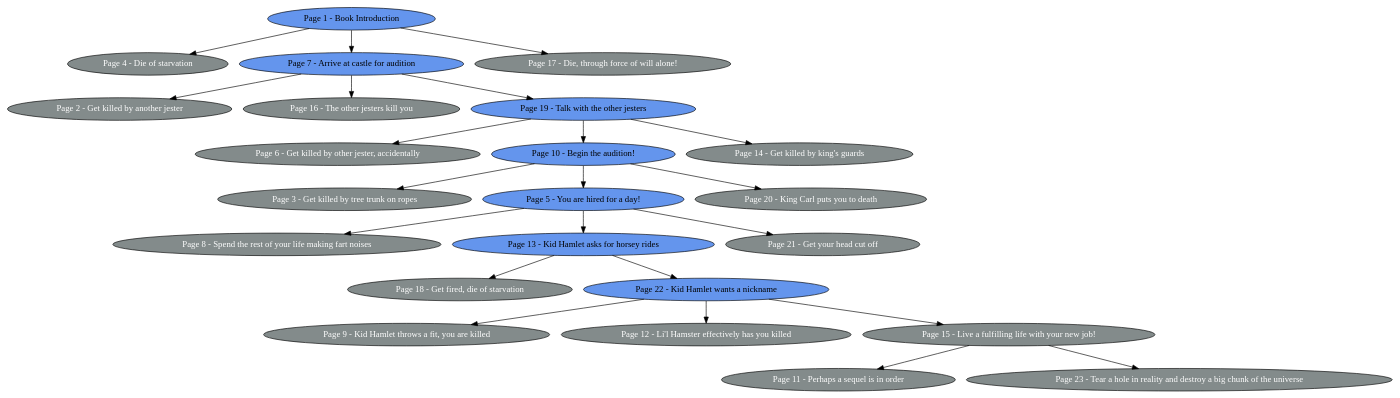
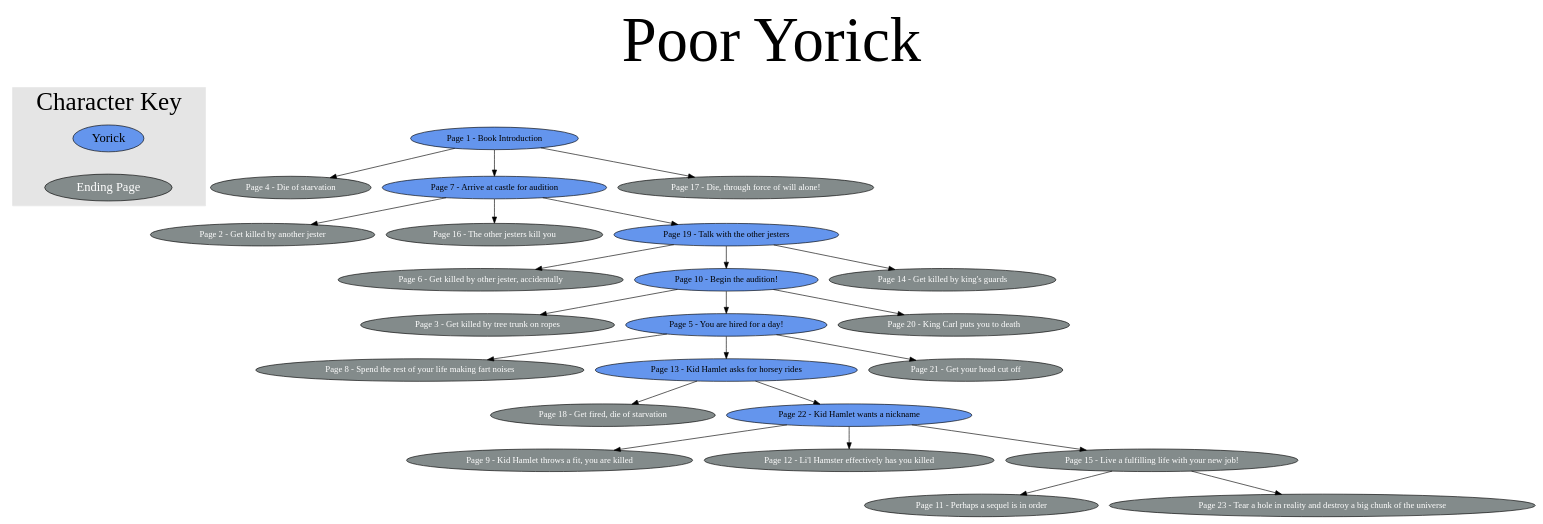
One commit to apocalyptech/choosable changed the diagram in examples/yorick_full.dot. Above: the diagram before and after it, drawn with Graphviz. The commit also changed 9 other files, not shown here.

Commit message:
Added a character/shape key to the graphviz output, as well as header text

```diff
--- a/examples/yorick_full.dot
+++ b/examples/yorick_full.dot
@@ -1,52 +1,68 @@
 digraph yorick {
+
+	labelloc="t";
+	fontsize=100;
+	label="Poor Yorick";
+
+	// Character key
+	char_0 [label="Yorick" fontsize=20 fontcolor=black fillcolor=cornflowerblue style="filled"];
+	ending [label="Ending Page" fontsize=20 fontcolor=white fillcolor=azure4 style="filled"];
+	subgraph cluster_charkey {
+		edge[style=invis];
+		fontsize = 40;
+		label = "Character Key";
+		style = "filled";
+		color = "gray90";
+		char_0 -> ending;
+	}
 
 	// Pages
 	1 [label="Page 1 - Book Introduction" fontcolor=black fillcolor=cornflowerblue style="filled"];
 	2 [label="Page 2 - Get killed by another jester" fontcolor=white fillcolor=azure4 style="filled"];
 	3 [label="Page 3 - Get killed by tree trunk on ropes" fontcolor=white fillcolor=azure4 style="filled"];
 	4 [label="Page 4 - Die of starvation" fontcolor=white fillcolor=azure4 style="filled"];
 	5 [label="Page 5 - You are hired for a day!" fontcolor=black fillcolor=cornflowerblue style="filled"];
 	6 [label="Page 6 - Get killed by other jester, accidentally" fontcolor=white fillcolor=azure4 style="filled"];
 	7 [label="Page 7 - Arrive at castle for audition" fontcolor=black fillcolor=cornflowerblue style="filled"];
 	8 [label="Page 8 - Spend the rest of your life making fart noises" fontcolor=white fillcolor=azure4 style="filled"];
 	9 [label="Page 9 - Kid Hamlet throws a fit, you are killed" fontcolor=white fillcolor=azure4 style="filled"];
 	10 [label="Page 10 - Begin the audition!" fontcolor=black fillcolor=cornflowerblue style="filled"];
 	11 [label="Page 11 - Perhaps a sequel is in order" fontcolor=white fillcolor=azure4 style="filled"];
 	12 [label="Page 12 - Li'l Hamster effectively has you killed" fontcolor=white fillcolor=azure4 style="filled"];
 	13 [label="Page 13 - Kid Hamlet asks for horsey rides" fontcolor=black fillcolor=cornflowerblue style="filled"];
 	14 [label="Page 14 - Get killed by king's guards" fontcolor=white fillcolor=azure4 style="filled"];
 	15 [label="Page 15 - Live a fulfilling life with your new job!" fontcolor=white fillcolor=azure4 style="filled"];
 	16 [label="Page 16 - The other jesters kill you" fontcolor=white fillcolor=azure4 style="filled"];
 	17 [label="Page 17 - Die, through force of will alone!" fontcolor=white fillcolor=azure4 style="filled"];
 	18 [label="Page 18 - Get fired, die of starvation" fontcolor=white fillcolor=azure4 style="filled"];
 	19 [label="Page 19 - Talk with the other jesters" fontcolor=black fillcolor=cornflowerblue style="filled"];
 	20 [label="Page 20 - King Carl puts you to death" fontcolor=white fillcolor=azure4 style="filled"];
 	21 [label="Page 21 - Get your head cut off" fontcolor=white fillcolor=azure4 style="filled"];
 	22 [label="Page 22 - Kid Hamlet wants a nickname" fontcolor=black fillcolor=cornflowerblue style="filled"];
 	23 [label="Page 23 - Tear a hole in reality and destroy a big chunk of the universe" fontcolor=white fillcolor=azure4 style="filled"];
 
 	// Choices
 	1 -> 4;
 	1 -> 7;
 	1 -> 17;
 	5 -> 8;
 	5 -> 13;
 	5 -> 21;
 	7 -> 2;
 	7 -> 16;
 	7 -> 19;
 	10 -> 3;
 	10 -> 5;
 	10 -> 20;
 	13 -> 18;
 	13 -> 22;
 	15 -> 11;
 	15 -> 23;
 	19 -> 6;
 	19 -> 10;
 	19 -> 14;
 	22 -> 9;
 	22 -> 12;
 	22 -> 15;
 
 }
```
